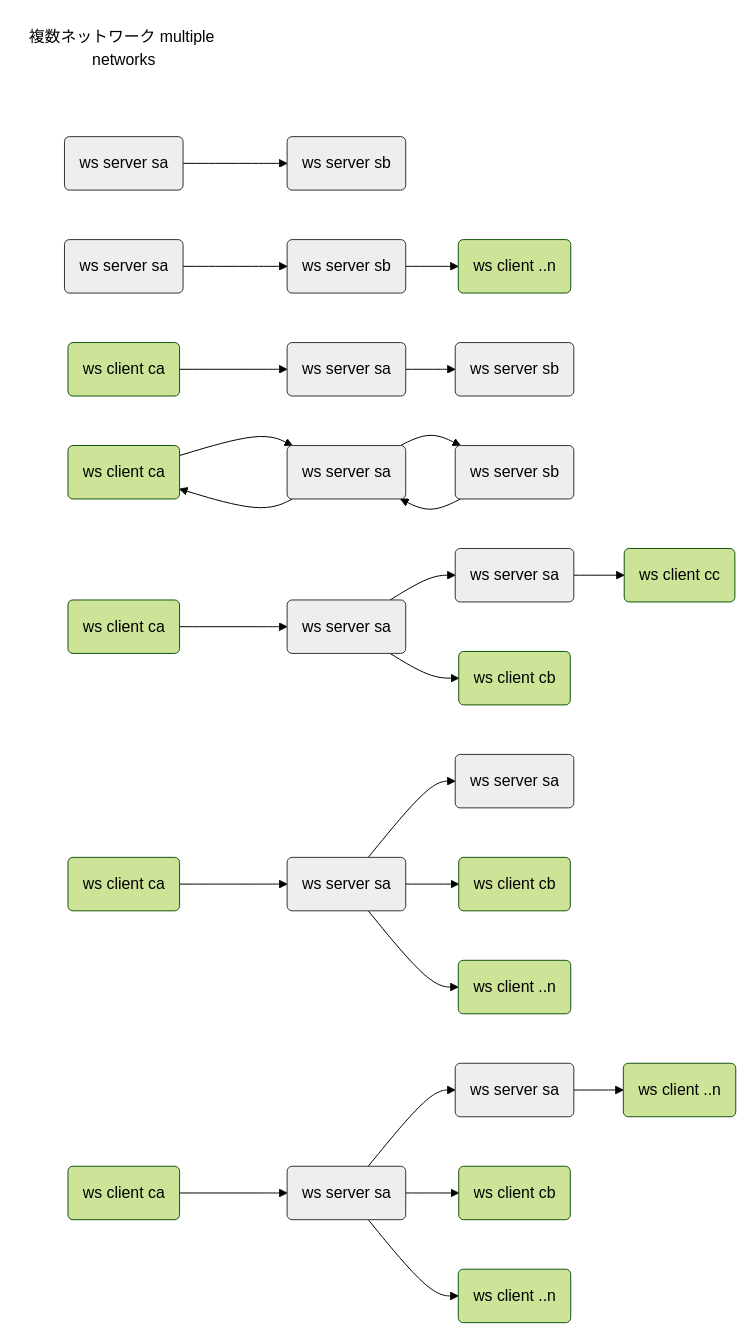
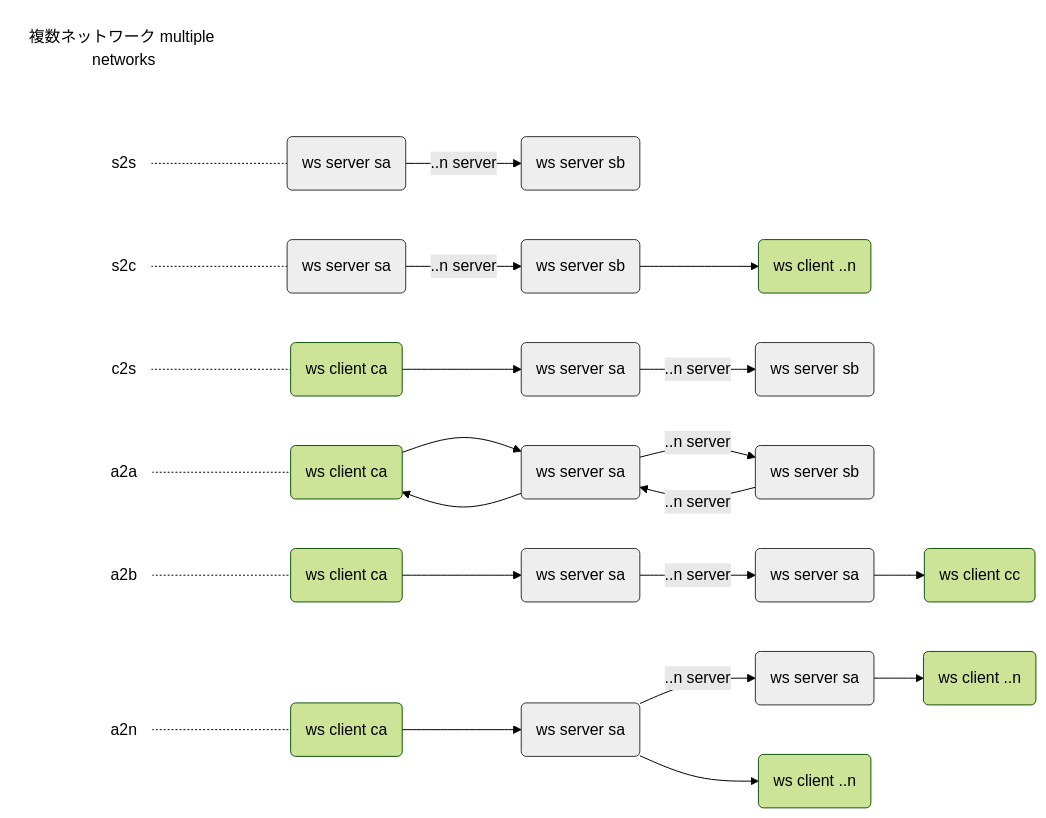
One commit to toshirot/w2w changed the second of 3 diagrams in README.md. Above: the diagram before and after it, drawn with Mermaid (forest theme). The commit also changed other lines of this file and 2 other files, not shown here.

Commit message:
経路typeを追加

````diff
--- a/README.md
+++ b/README.md
@@ -50,69 +69,68 @@
 ```mermaid
 flowchart LR
 
 text2(複数ネットワーク multiple networks):::class_text
 
     %%multi_type1
+        text_s2s(s2s):::class_text_min
         multi_type1s1(ws server sa):::class_server
         multi_type1s2(ws server sb):::class_server
-            multi_type1s1 --> multi_type1s2
+            text_s2s -.- multi_type1s1
+            multi_type1s1 --> |..n server| multi_type1s2
 
     %%multi_type2
+        text_s2c(s2c):::class_text_min
         multi_type2s1(ws server sa):::class_server
         multi_type2s2(ws server sb):::class_server
         multi_type2c(ws client ..n) 
-            multi_type2s1 --> multi_type2s2 --> multi_type2c
+            text_s2c -.- multi_type2s1
+            multi_type2s1 -->  |..n server| multi_type2s2 --> multi_type2c
 
     %%multi_type3
+        text_c2s(c2s):::class_text_min
         multi_type3c(ws client ca) 
         multi_type3s1(ws server sa):::class_server
         multi_type3s2(ws server sb):::class_server
-            multi_type3c --> multi_type3s1 --> multi_type3s2
+            text_c2s -.- multi_type3c
+            multi_type3c --> multi_type3s1 -->  |..n server| multi_type3s2
 
     %%single_type4
+        text_a2a(a2a):::class_text_min
         multi_type4c1(ws client ca) 
         multi_type4s1(ws server sa):::class_server 
         multi_type4s2(ws server sb):::class_server
-　
-            multi_type4c1 --> multi_type4s1 --> multi_type4s2 --> multi_type4s1--> multi_type4c1
+            text_a2a -.- multi_type4c1
+            multi_type4c1 --> multi_type4s1 --> |..n server| multi_type4s2 -->  |..n server| multi_type4s1--> multi_type4c1
  
      %%multi_type5
+        text_a2b(a2b):::class_text_min
         multi_type5c1(ws client ca) 
         multi_type5s1(ws server sa):::class_server
         multi_type5s2(ws server sa):::class_server 
-        multi_type5c2(ws client cb) 
         multi_type5c3(ws client cc) 
-            multi_type5c1 --> multi_type5s1 --> multi_type5c2
-                        multi_type5s1 --> multi_type5s2
+            text_a2b -.- multi_type5c1
+            multi_type5c1 --> multi_type5s1
+                        multi_type5s1 -->  |..n server| multi_type5s2
                         multi_type5s2 --> multi_type5c3
 
+
      %%multi_type6
+        text_a2n(a2n):::class_text_min
         multi_type6c1(ws client ca) 
         multi_type6s1(ws server sa):::class_server
         multi_type6s2(ws server sa):::class_server 
-        multi_type6c2(ws client cb) 
-        multi_type6c3(ws client ..n) 
+
+        multi_type6c2(ws client ..n) 
+
+        multi_type6c5(ws client ..n) 
+            text_a2n-.- multi_type6c1
             multi_type6c1 --> multi_type6s1 --> multi_type6c2
-                        multi_type6s1 --> multi_type6c3
-                        multi_type6s1 --> multi_type6s2
-
-     %%multi_type7
-        multi_type7c1(ws client ca) 
-        multi_type7s1(ws server sa):::class_server
-        multi_type7s2(ws server sa):::class_server 
-
-        multi_type7c2(ws client cb) 
-        multi_type7c3(ws client ..n) 
-
-        multi_type7c5(ws client ..n) 
-
-            multi_type7c1 --> multi_type7s1 --> multi_type7c2
-                        multi_type7s1 --> multi_type7c3
-                        multi_type7s1 --> multi_type7s2
-                        multi_type7s2 --> multi_type7c5
+                        multi_type6s1 -->  |..n server| multi_type6s2
+                        multi_type6s2 --> multi_type6c5
                      
 
 classDef class_server fill:#eee,color:#000,stroke:#333
 classDef class_text fill:#fff,color:#000,stroke:#fff
+classDef class_text_min fill:#fff,color:#000,stroke:#fff,margin:0
 
 ```
````
